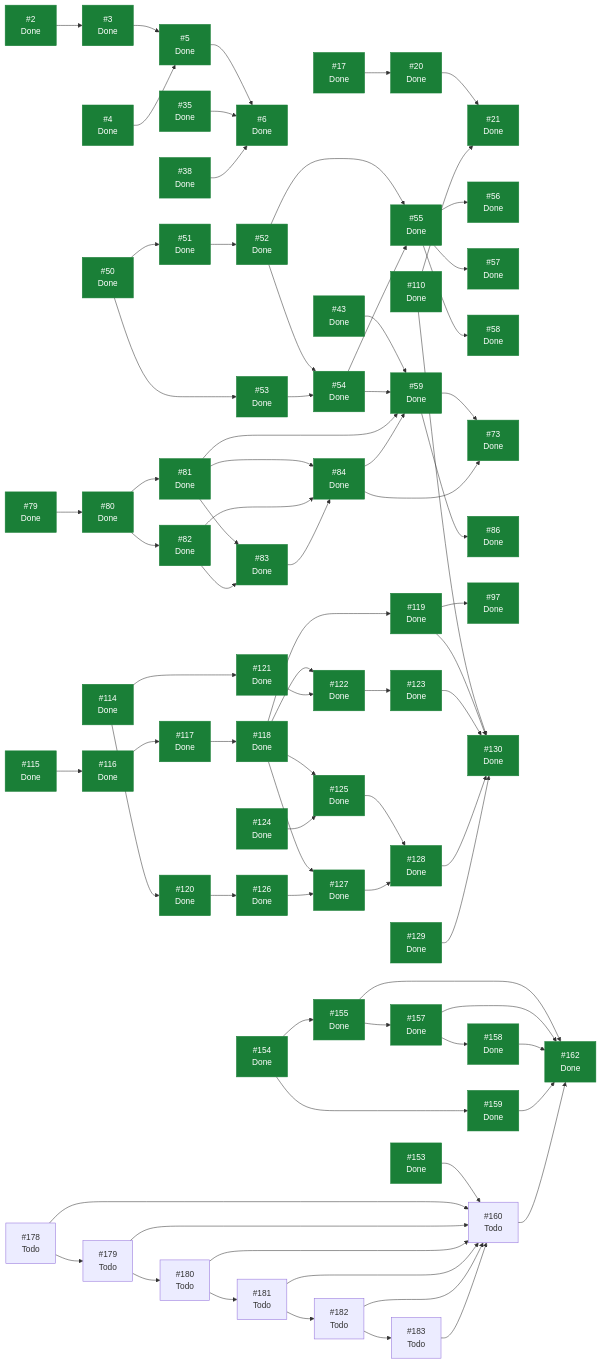
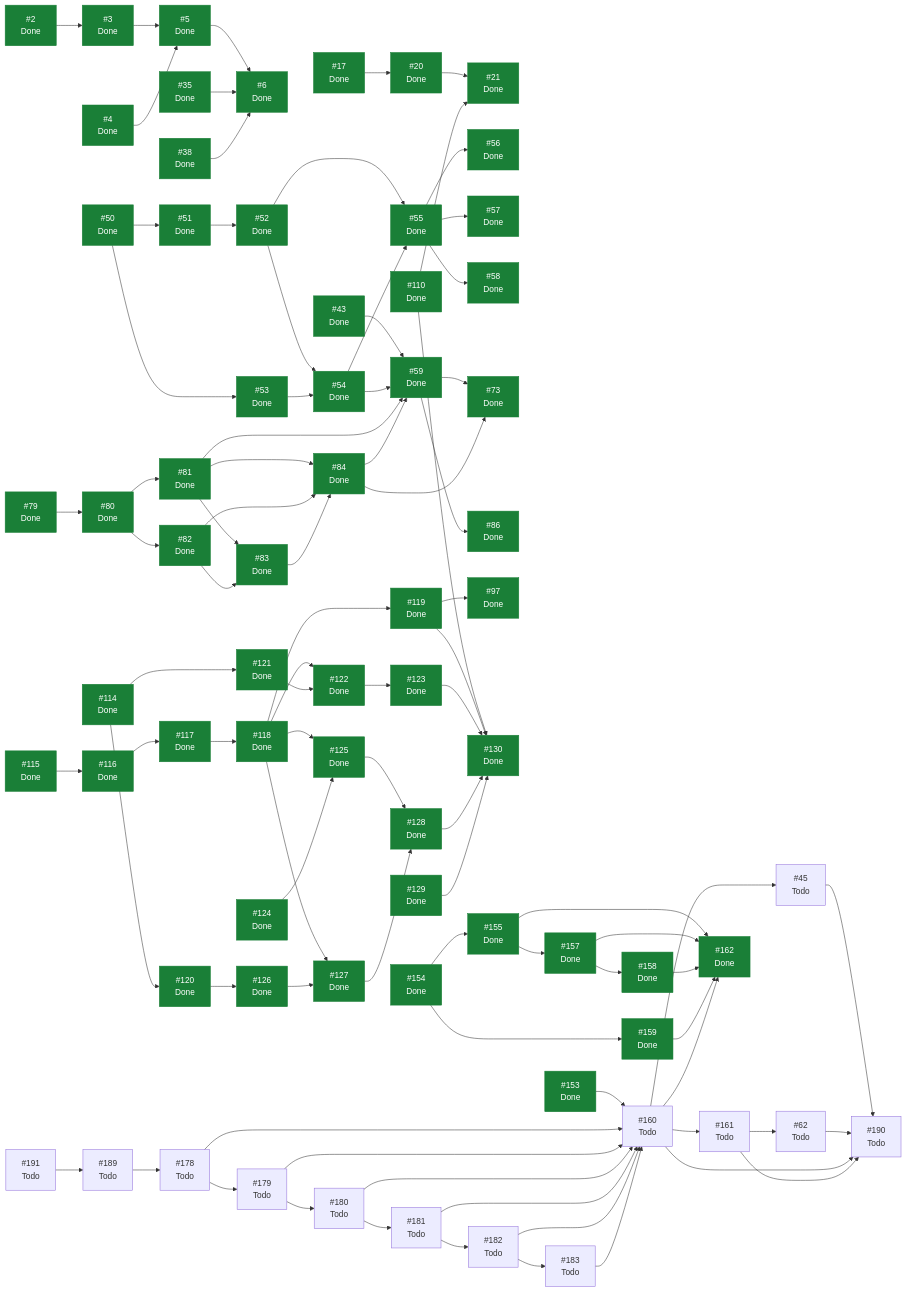
Before and after one commit to ecamp0s/evault: the diagram in docs/planning/STATUS.md, drawn with Mermaid. The commit also changed other lines of this file and 1 other file, not shown here.

````diff
--- a/docs/planning/STATUS.md
+++ b/docs/planning/STATUS.md
@@ -190,6 +200,7 @@
   I35["#35<br/>Done"]
   I38["#38<br/>Done"]
   I43["#43<br/>Done"]
+  I45["#45<br/>Todo"]
   I50["#50<br/>Done"]
   I51["#51<br/>Done"]
   I52["#52<br/>Done"]
@@ -200,6 +211,7 @@
   I57["#57<br/>Done"]
   I58["#58<br/>Done"]
   I59["#59<br/>Done"]
+  I62["#62<br/>Todo"]
   I73["#73<br/>Done"]
   I79["#79<br/>Done"]
   I80["#80<br/>Done"]
@@ -234,6 +246,7 @@
   I158["#158<br/>Done"]
   I159["#159<br/>Done"]
   I160["#160<br/>Todo"]
+  I161["#161<br/>Todo"]
   I162["#162<br/>Done"]
   I178["#178<br/>Todo"]
   I179["#179<br/>Todo"]
@@ -241,6 +254,9 @@
   I181["#181<br/>Todo"]
   I182["#182<br/>Todo"]
   I183["#183<br/>Todo"]
+  I189["#189<br/>Todo"]
+  I190["#190<br/>Todo"]
+  I191["#191<br/>Todo"]
   I2 --> I3
   I3 --> I5
   I4 --> I5
@@ -250,6 +266,7 @@
   I35 --> I6
   I38 --> I6
   I43 --> I59
+  I45 --> I190
   I50 --> I51
   I50 --> I53
   I51 --> I52
@@ -263,6 +280,7 @@
   I55 --> I58
   I59 --> I73
   I59 --> I86
+  I62 --> I190
   I79 --> I80
   I80 --> I81
   I80 --> I82
@@ -306,7 +324,12 @@
   I157 --> I162
   I158 --> I162
   I159 --> I162
+  I160 --> I45
+  I160 --> I161
   I160 --> I162
+  I160 --> I190
+  I161 --> I62
+  I161 --> I190
   I178 --> I160
   I178 --> I179
   I179 --> I160
@@ -318,6 +341,8 @@
   I182 --> I160
   I182 --> I183
   I183 --> I160
+  I189 --> I178
+  I191 --> I189
   classDef hecho fill:#1a7f37,stroke:#1a7f37,color:#fff;
   class I2,I3,I4,I5,I6,I17,I20,I21,I35,I38,I43,I50,I51,I52,I53,I54,I55,I56,I57,I58,I59,I73,I79,I80,I81,I82,I83,I84,I86,I97,I110,I114,I115,I116,I117,I118,I119,I120,I121,I122,I123,I124,I125,I126,I127,I128,I129,I130,I153,I154,I155,I157,I158,I159,I162 hecho;
 ```
````
